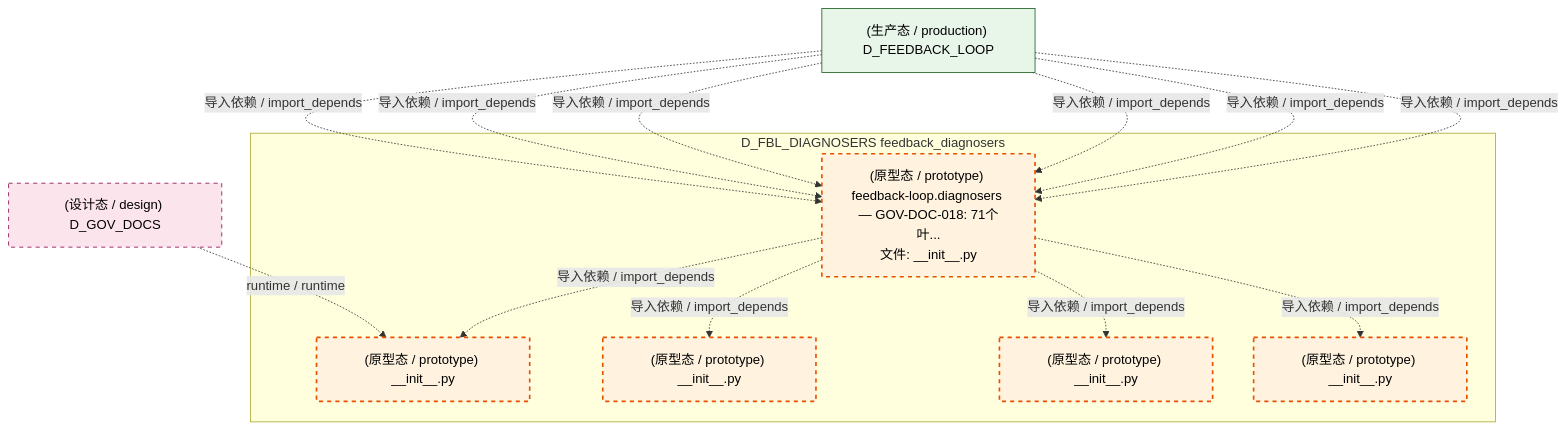
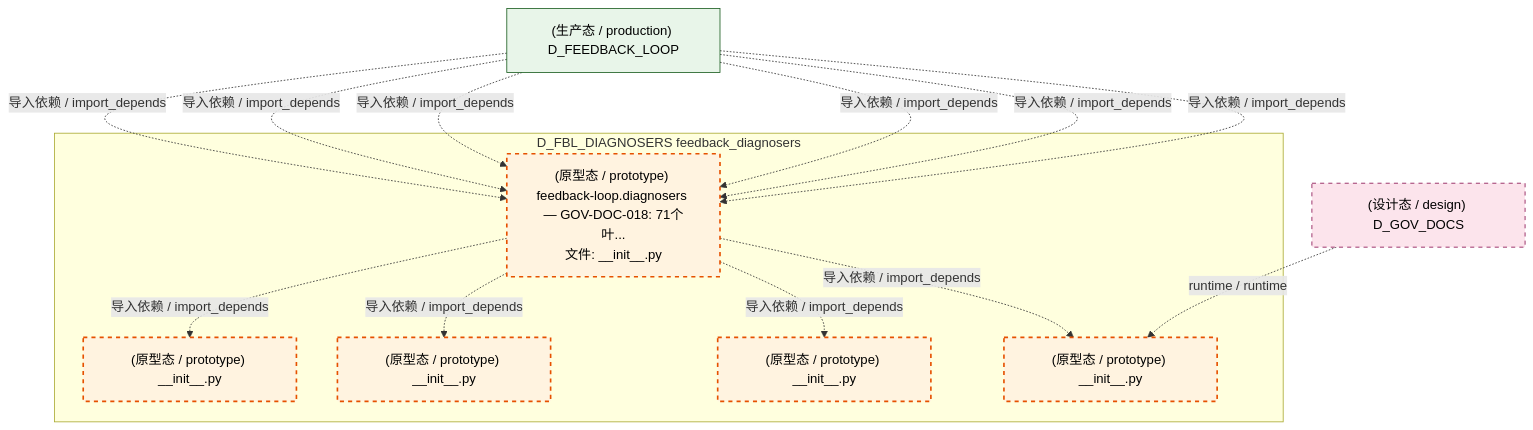
One commit to xuanFelixVan/ZephyrAlpha changed the fifth of 6 diagrams in docs/02_enterprise_architecture/02_domain_architecture_docs/12_d_fbl_diagnosers.md. Above: the diagram before and after it, drawn with Mermaid. The commit also changed other lines of this file and 97 other files, not shown here.

````diff
--- a/docs/02_enterprise_architecture/02_domain_architecture_docs/12_d_fbl_diagnosers.md
+++ b/docs/02_enterprise_architecture/02_domain_architecture_docs/12_d_fbl_diagnosers.md
@@ -374,30 +374,30 @@
 ```mermaid
 graph TD
     subgraph D_FBL_DIAGNOSERS["D_FBL_DIAGNOSERS feedback_diagnosers"]
         src_zephyr_feedback_loop_diagnosers_init_py["(原型态 / prototype) feedback-loop.diagnosers — GOV-DOC-018: 71个叶...<br/>文件: __init__.py"]
         src_zephyr_feedback_loop_diagnosers_cognitive_init_py["(原型态 / prototype) __init__.py"]
         src_zephyr_feedback_loop_diagnosers_diagnosis_init_py["(原型态 / prototype) __init__.py"]
         src_zephyr_feedback_loop_diagnosers_health_init_py["(原型态 / prototype) __init__.py"]
         src_zephyr_feedback_loop_diagnosers_reliability_init_py["(原型态 / prototype) __init__.py"]
     end
+    src_zephyr_feedback_loop_diagnosers_init_py -.->|导入依赖 / import_depends| src_zephyr_feedback_loop_diagnosers_diagnosis_init_py
     src_zephyr_feedback_loop_diagnosers_init_py -.->|导入依赖 / import_depends| src_zephyr_feedback_loop_diagnosers_cognitive_init_py
-    src_zephyr_feedback_loop_diagnosers_init_py -.->|导入依赖 / import_depends| src_zephyr_feedback_loop_diagnosers_diagnosis_init_py
     src_zephyr_feedback_loop_diagnosers_init_py -.->|导入依赖 / import_depends| src_zephyr_feedback_loop_diagnosers_health_init_py
     src_zephyr_feedback_loop_diagnosers_init_py -.->|导入依赖 / import_depends| src_zephyr_feedback_loop_diagnosers_reliability_init_py
     D_GOV_DOCS["(设计态 / design) D_GOV_DOCS"]
-    D_GOV_DOCS -.->|runtime / runtime| src_zephyr_feedback_loop_diagnosers_cognitive_init_py
+    D_GOV_DOCS -.->|runtime / runtime| src_zephyr_feedback_loop_diagnosers_diagnosis_init_py
     D_FEEDBACK_LOOP["(生产态 / production) D_FEEDBACK_LOOP"]
     D_FEEDBACK_LOOP -.->|导入依赖 / import_depends| src_zephyr_feedback_loop_diagnosers_init_py
     D_FEEDBACK_LOOP -.->|导入依赖 / import_depends| src_zephyr_feedback_loop_diagnosers_init_py
     D_FEEDBACK_LOOP -.->|导入依赖 / import_depends| src_zephyr_feedback_loop_diagnosers_init_py
     D_FEEDBACK_LOOP -.->|导入依赖 / import_depends| src_zephyr_feedback_loop_diagnosers_init_py
     D_FEEDBACK_LOOP -.->|导入依赖 / import_depends| src_zephyr_feedback_loop_diagnosers_init_py
     D_FEEDBACK_LOOP -.->|导入依赖 / import_depends| src_zephyr_feedback_loop_diagnosers_init_py
     classDef production fill:#e1f5fe,stroke:#01579b,stroke-width:2px,color:#000
     classDef design fill:#fff3e0,stroke:#e65100,stroke-width:2px,color:#000,stroke-dasharray: 5 5
     classDef external_prod fill:#e8f5e9,stroke:#1b5e20,stroke-width:1px,color:#000
     classDef external_design fill:#fce4ec,stroke:#880e4f,stroke-width:1px,color:#000,stroke-dasharray: 5 5
     class src_zephyr_feedback_loop_diagnosers_init_py,src_zephyr_feedback_loop_diagnosers_cognitive_init_py,src_zephyr_feedback_loop_diagnosers_diagnosis_init_py,src_zephyr_feedback_loop_diagnosers_health_init_py,src_zephyr_feedback_loop_diagnosers_reliability_init_py design
     class D_FEEDBACK_LOOP external_prod
     class D_GOV_DOCS external_design
 ```
````
